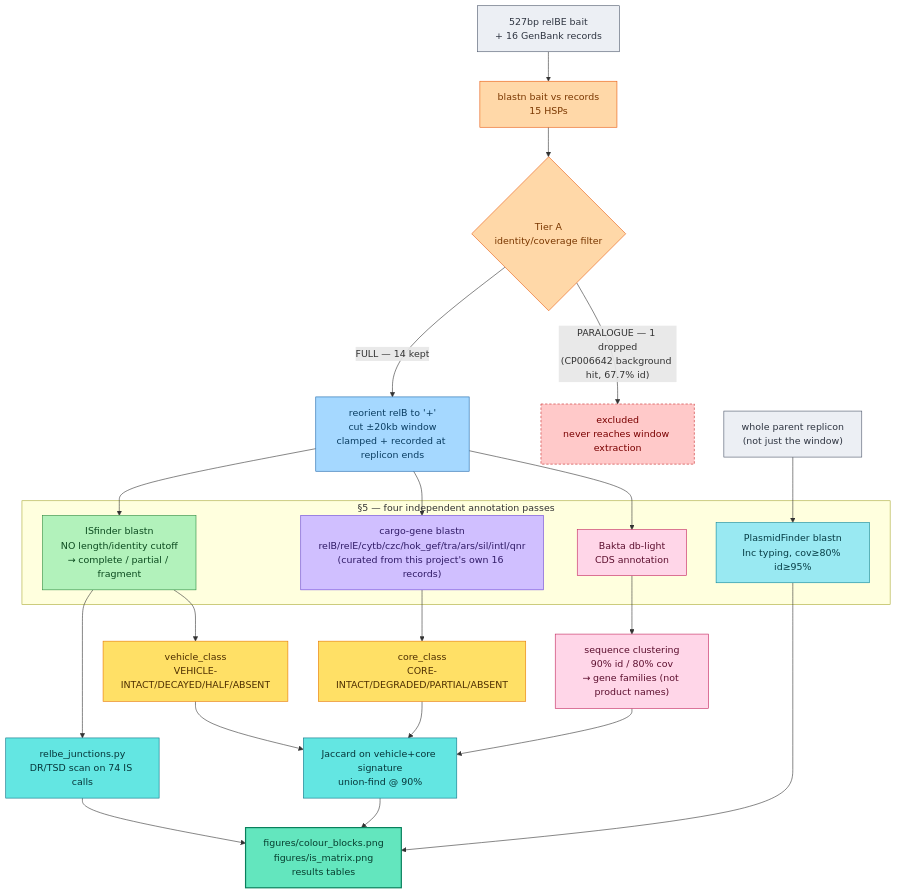
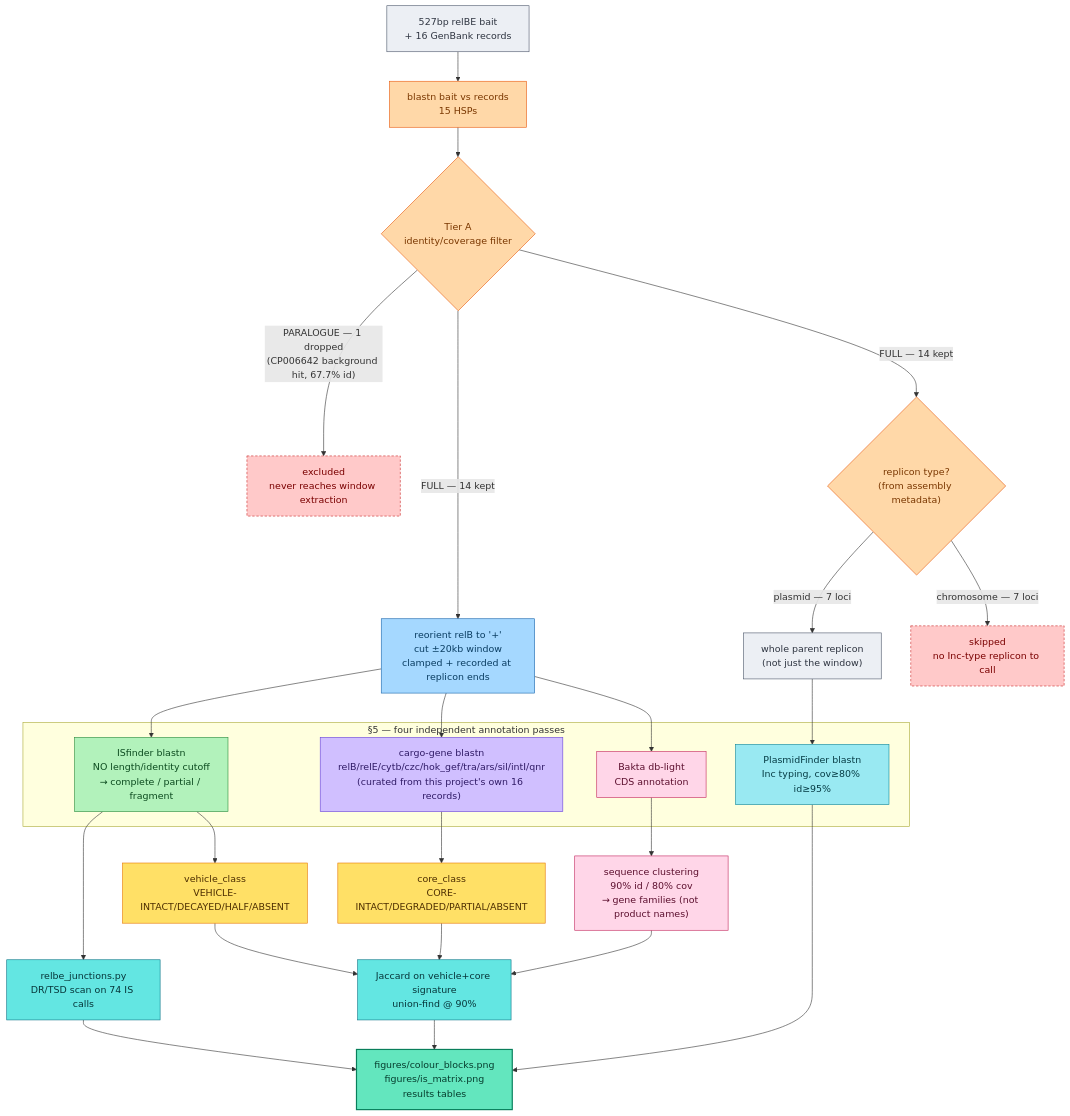
One commit to sethiyap/TAflank changed the diagram in REPORT.md. Above: the diagram before and after it, drawn with Mermaid. The commit also changed other lines of this file, not shown here.

Commit message:
REPORT.md: add plasmid/chromosome split to diagram, summary list of the four §5 passes

````diff
--- a/REPORT.md
+++ b/REPORT.md
@@ -63,50 +63,54 @@
 ```mermaid
 flowchart TD
     bait["527bp relBE bait\n+ 16 GenBank records"]:::input
 
     bait --> blast["blastn bait vs records\n15 HSPs"]:::tier
     blast --> tierA{"Tier A\nidentity/coverage filter"}:::tier
     tierA -->|"FULL — 14 kept"| window
     tierA -->|"PARALOGUE — 1 dropped\n(CP006642 background hit, 67.7% id)"| dropped["excluded\nnever reaches window extraction"]:::dropped
 
     window["reorient relB to '+'\ncut ±20kb window\nclamped + recorded at replicon ends"]:::window
     window --> isfinder
     window --> cargo
     window --> bakta
+
+    tierA -->|"FULL — 14 kept"| replClass{"replicon type?\n(from assembly metadata)"}:::tier
+    replClass -->|"plasmid — 7 loci"| replicon
+    replClass -->|"chromosome — 7 loci"| noPF["skipped\nno Inc-type replicon to call"]:::dropped
 
     replicon["whole parent replicon\n(not just the window)"]:::input --> plasmidfinder
 
     subgraph annotate["§5 — four independent annotation passes"]
         isfinder["ISfinder blastn\nNO length/identity cutoff\n→ complete / partial / fragment"]:::isfinder
         cargo["cargo-gene blastn\nrelB/relE/cytb/czc/hok_gef/tra/ars/sil/intI/qnr\n(curated from this project's own 16 records)"]:::cargo
         plasmidfinder["PlasmidFinder blastn\nInc typing, cov≥80% id≥95%"]:::plasmidfinder
         bakta["Bakta db-light\nCDS annotation"]:::bakta
     end
 
     bakta --> families["sequence clustering\n90% id / 80% cov\n→ gene families (not product names)"]:::bakta
 
     isfinder --> vehicle["vehicle_class\nVEHICLE-INTACT/DECAYED/HALF/ABSENT"]:::classify
     cargo --> core["core_class\nCORE-INTACT/DEGRADED/PARTIAL/ABSENT"]:::classify
 
     isfinder --> tsd["relbe_junctions.py\nDR/TSD scan on 74 IS calls"]:::history
     vehicle --> jaccard["Jaccard on vehicle+core signature\nunion-find @ 90%"]:::history
     core --> jaccard
     families --> jaccard
 
     tsd --> figure
     jaccard --> figure
     plasmidfinder --> figure
     figure["figures/colour_blocks.png\nfigures/is_matrix.png\nresults tables"]:::output
 
     classDef input fill:#eceff4,stroke:#4c566a,color:#2e3440,stroke-width:1px
     classDef tier fill:#ffd8a8,stroke:#e8590c,color:#7a3700,stroke-width:1px
     classDef dropped fill:#ffc9c9,stroke:#c92a2a,color:#7a0000,stroke-width:1px,stroke-dasharray: 4 3
     classDef window fill:#a5d8ff,stroke:#1864ab,color:#0a3d62,stroke-width:1px
     classDef isfinder fill:#b2f2bb,stroke:#2b8a3e,color:#0b4a1e,stroke-width:1px
     classDef cargo fill:#d0bfff,stroke:#6741d9,color:#2f1a66,stroke-width:1px
     classDef plasmidfinder fill:#99e9f2,stroke:#0c8599,color:#063c45,stroke-width:1px
     classDef bakta fill:#ffd6e8,stroke:#c2255c,color:#5c0f2e,stroke-width:1px
     classDef classify fill:#ffe066,stroke:#e67700,color:#4d2e00,stroke-width:1px
     classDef history fill:#63e6e2,stroke:#0b7285,color:#063539,stroke-width:1px
     classDef output fill:#63e6be,stroke:#087f5b,color:#063d2e,stroke-width:2px
 ```
````
